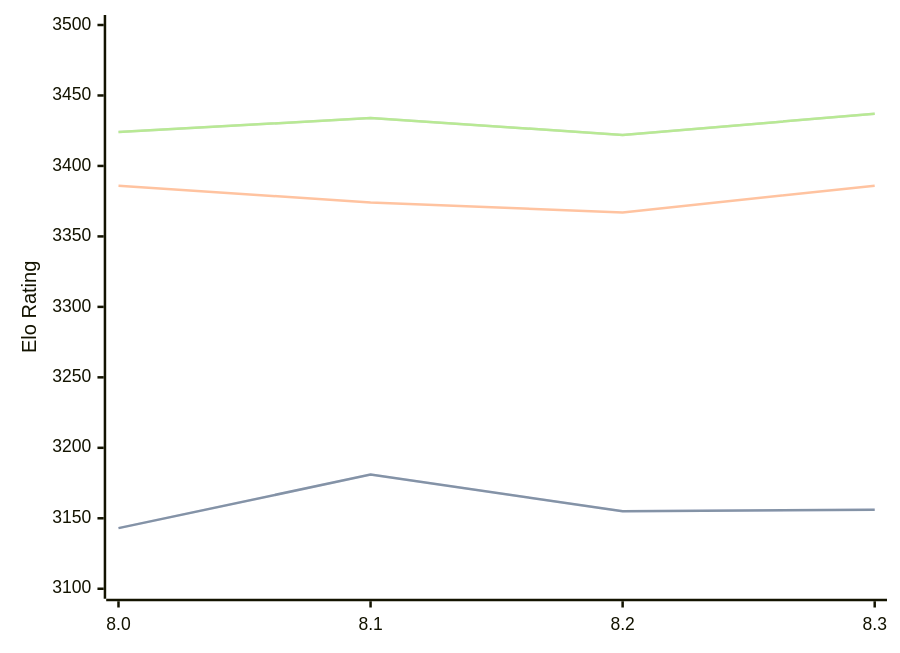
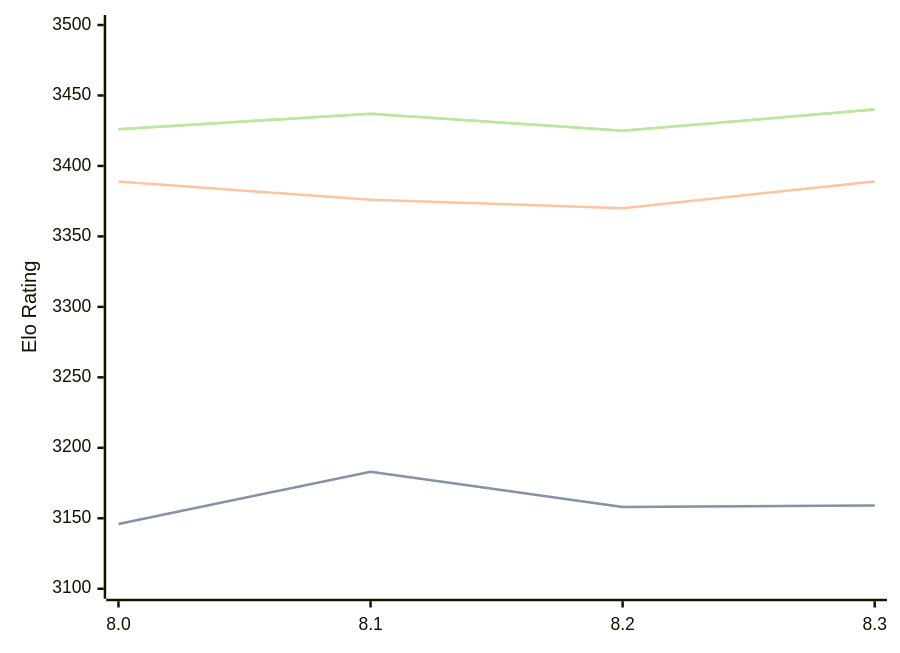
One commit to computer-chess-index/cci changed the diagram in engines/Alexander.md. Above: the diagram before and after it, drawn with Mermaid. The commit also changed other lines of this file, not shown here.

Commit message:
Update CCI Ratings (ELO VLTC) - 2026-09-24

````diff
--- a/engines/Alexander.md
+++ b/engines/Alexander.md
@@ -34,11 +34,11 @@
 ```mermaid
 %%{init: {"theme":"base","themeVariables":{"seriesColors:['#a3a3a3','#222221','#faa371']}}}%%
 xychart-beta
   x-axis ["8.0", "8.1", "8.2", "8.3"]
   y-axis "Elo Rating" 3100 --> 3500
-  line "" [3143, 3181, 3155, 3156]
-  line "STC (8.0+0.08s)" [3143, 3181, 3155, 3156]
-  line "LTC (60.0+0.60s)" [3386, 3374, 3367, 3386]
-  line "" [3424, 3434, 3422, 3437]
-  line "VLTC (2m24s+1.12s)" [3424, 3434, 3422, 3437]
+  line "" [3146, 3183, 3158, 3159]
+  line "STC (8.0+0.08s)" [3146, 3183, 3158, 3159]
+  line "LTC (60.0+0.60s)" [3389, 3376, 3370, 3389]
+  line "" [3426, 3437, 3425, 3440]
+  line "VLTC (2m24s+1.12s)" [3426, 3437, 3425, 3440]
 ```
````
